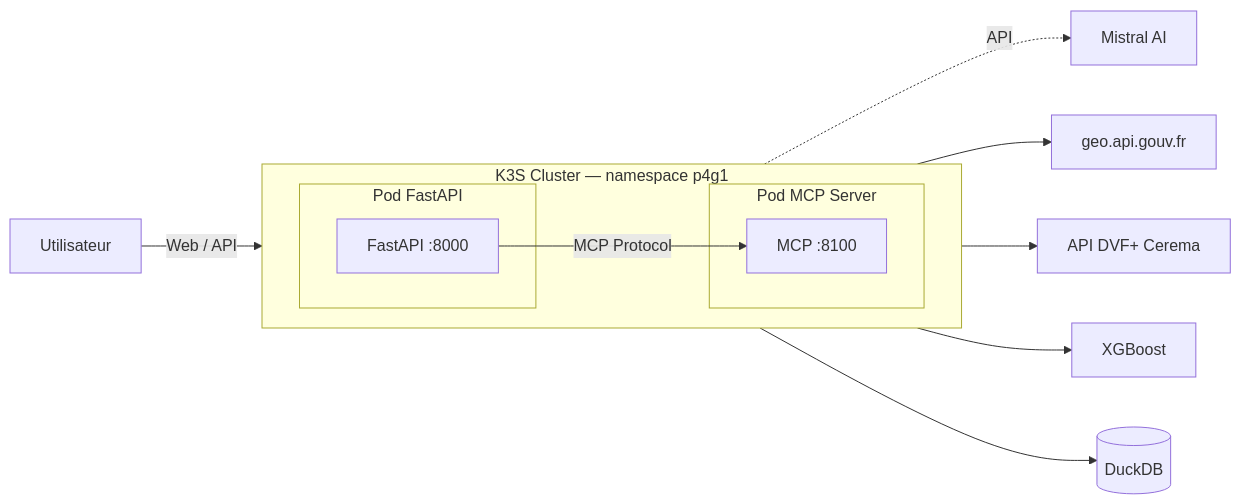
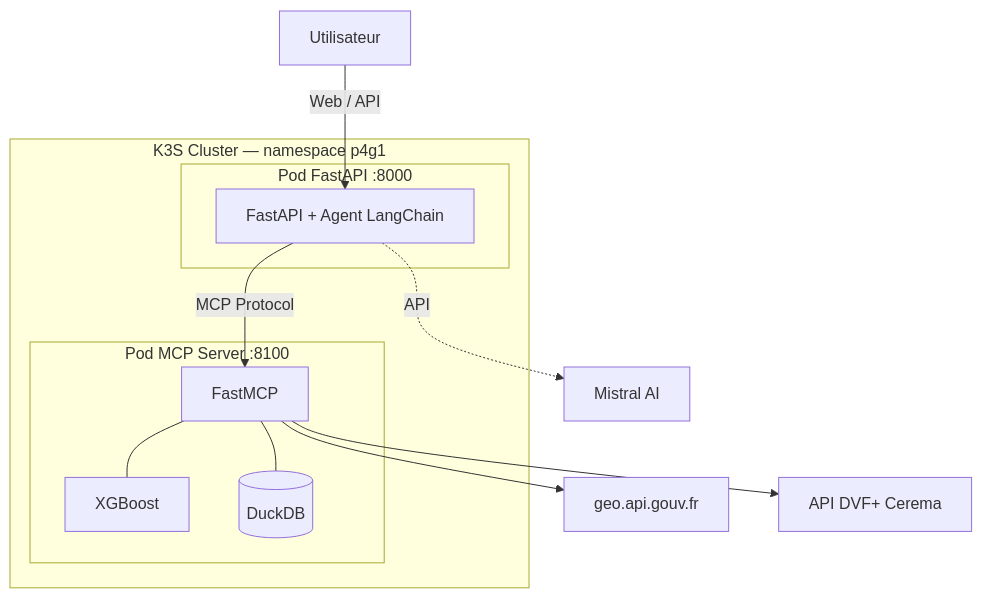
The first of 4 diagrams in README.md (cjeanneau/Projet-Agent-IA-Immo-MCP), drawn with Mermaid before and after one commit. The commit also changed other lines of this file, not shown here.

````diff
--- a/README.md
+++ b/README.md
@@ -23,22 +23,27 @@
 ```mermaid
-graph LR
-    U[Utilisateur] -->|Web / API| FA
+graph TB
+    U[Utilisateur]
+    LLM[Mistral AI]
+    GEO[geo.api.gouv.fr]
+    DVF[API DVF+ Cerema]
+
+    U -->|Web / API| FA
 
     subgraph K3S["K3S Cluster — namespace p4g1"]
-        direction LR
-        subgraph POD_API["Pod FastAPI"]
-            FA[FastAPI :8000]
+        subgraph POD_API["Pod FastAPI :8000"]
+            FA[FastAPI + Agent LangChain]
         end
-        subgraph POD_MCP["Pod MCP Server"]
-            MCP[MCP :8100]
+        subgraph POD_MCP["Pod MCP Server :8100"]
+            MCP[FastMCP]
+            MODEL[XGBoost]
+            DB[(DuckDB)]
+            MCP --- MODEL
+            MCP --- DB
         end
-        FA -->|MCP Protocol| MCP
+        FA -- MCP Protocol --> MCP
     end
 
-    FA -.->|API| LLM[Mistral AI]
-
-    MCP --> GEO[geo.api.gouv.fr]
-    MCP --> DVF[API DVF+ Cerema]
-    MCP --> MODEL[XGBoost]
-    MCP --> DB[(DuckDB)]
+    FA -. API .-> LLM
+    MCP --> GEO
+    MCP --> DVF
 ```
````
